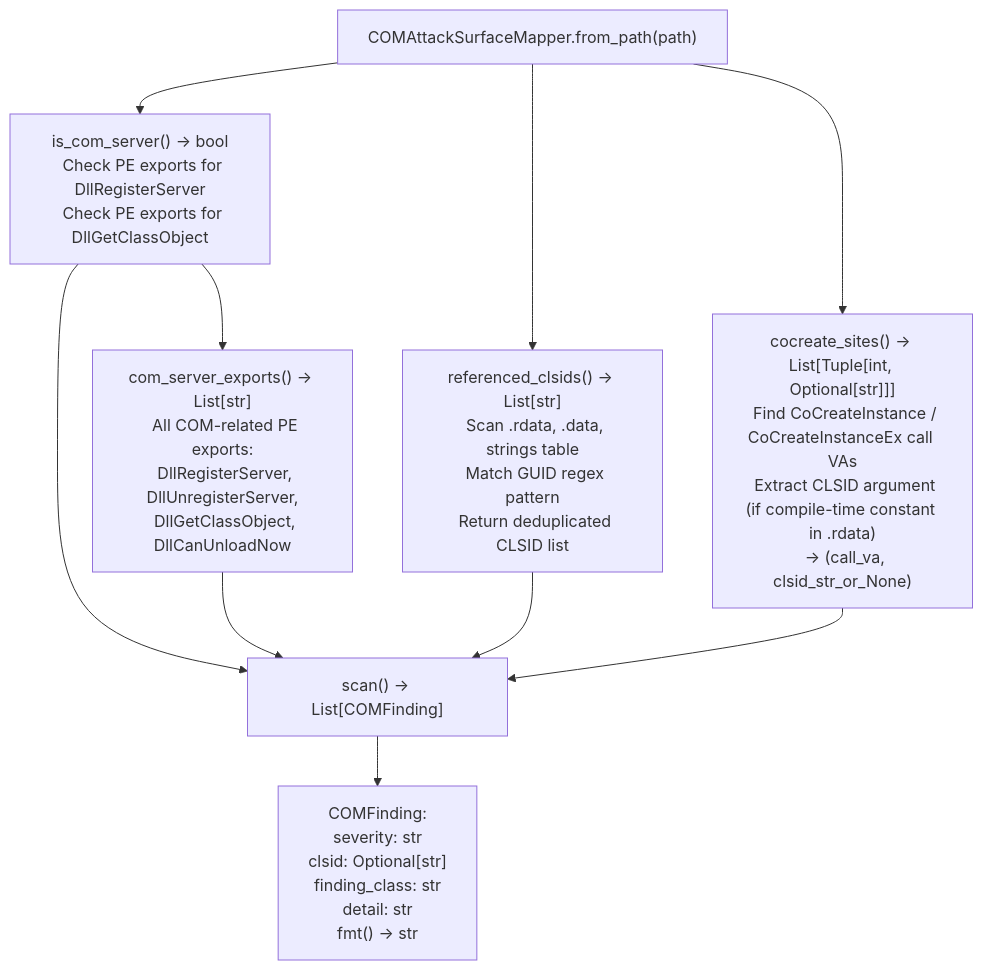
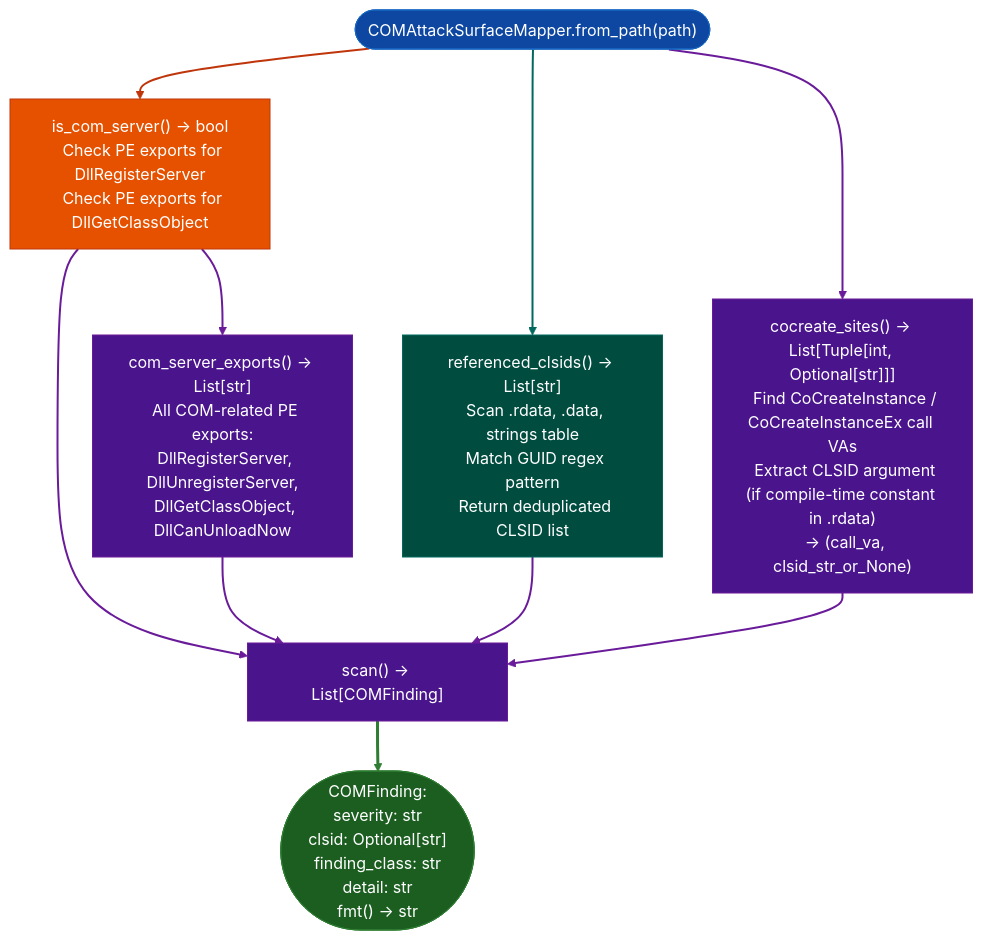
The diagram in docs/reference-modules/frame-pointer-and-memory-range-state.md (Ablation-Tool/ablation), drawn with Mermaid before and after one commit. The commit also changed 320 other files, not shown here.

First line of the commit message:
docs: apply canonical Mermaid template to all 321 diagrams

````diff
--- a/docs/reference-modules/frame-pointer-and-memory-range-state.md
+++ b/docs/reference-modules/frame-pointer-and-memory-range-state.md
@@ -19,12 +19,27 @@
 ```mermaid
 flowchart TD
-    A["COMAttackSurfaceMapper.from_path(path)"] --> B["is_com_server() → bool\n  Check PE exports for DllRegisterServer\n  Check PE exports for DllGetClassObject"]
-    B --> C["com_server_exports() → List[str]\n  All COM-related PE exports:\n  DllRegisterServer, DllUnregisterServer,\n  DllGetClassObject, DllCanUnloadNow"]
-    A --> D["referenced_clsids() → List[str]\n  Scan .rdata, .data, strings table\n  Match GUID regex pattern\n  Return deduplicated CLSID list"]
-    A --> E["cocreate_sites() → List[Tuple[int, Optional[str]]]\n  Find CoCreateInstance / CoCreateInstanceEx call VAs\n  Extract CLSID argument (if compile-time constant in .rdata)\n  → (call_va, clsid_str_or_None)"]
-    B --> F["scan() → List[COMFinding]"]
-    C --> F
-    D --> F
-    E --> F
-    F --> G["COMFinding:\n  severity: str\n  clsid: Optional[str]\n  finding_class: str\n  detail: str\n  fmt() → str"]
+    A(["COMAttackSurfaceMapper.from_path(path)"]):::input --> B["is_com_server() → bool\n  Check PE exports for DllRegisterServer\n  Check PE exports for DllGetClassObject"]:::primary
+    B:::primary --> C["com_server_exports() → List[str]\n  All COM-related PE exports:\n  DllRegisterServer, DllUnregisterServer,\n  DllGetClassObject, DllCanUnloadNow"]:::tertiary
+    A:::input --> D["referenced_clsids() → List[str]\n  Scan .rdata, .data, strings table\n  Match GUID regex pattern\n  Return deduplicated CLSID list"]:::secondary
+    A:::input --> E["cocreate_sites() → List[Tuple[int, Optional[str]]]\n  Find CoCreateInstance / CoCreateInstanceEx call VAs\n  Extract CLSID argument (if compile-time constant in .rdata)\n  → (call_va, clsid_str_or_None)"]:::tertiary
+    B:::primary --> F["scan() → List[COMFinding]"]:::tertiary
+    C:::tertiary --> F:::tertiary
+    D:::secondary --> F:::tertiary
+    E:::tertiary --> F:::tertiary
+    F:::tertiary --> G(["COMFinding:\n  severity: str\n  clsid: Optional[str]\n  finding_class: str\n  detail: str\n  fmt() → str"]):::output
+    classDef input     fill:#0d47a1,stroke:#1565c0,color:#fff
+    classDef primary   fill:#e65100,stroke:#bf360c,color:#fff
+    classDef secondary fill:#004d40,stroke:#00695c,color:#fff
+    classDef tertiary  fill:#4a148c,stroke:#6a1b9a,color:#fff
+    classDef neutral   fill:#37474f,stroke:#546e7a,color:#fff
+    classDef output    fill:#1b5e20,stroke:#2e7d32,color:#fff
+    linkStyle 0 stroke:#bf360c,stroke-width:2px
+    linkStyle 1 stroke:#6a1b9a,stroke-width:2px
+    linkStyle 2 stroke:#00695c,stroke-width:2px
+    linkStyle 3 stroke:#6a1b9a,stroke-width:2px
+    linkStyle 4 stroke:#6a1b9a,stroke-width:2px
+    linkStyle 5 stroke:#6a1b9a,stroke-width:2px
+    linkStyle 6 stroke:#6a1b9a,stroke-width:2px
+    linkStyle 7 stroke:#6a1b9a,stroke-width:2px
+    linkStyle 8 stroke:#2e7d32,stroke-width:3px
 ```
````
